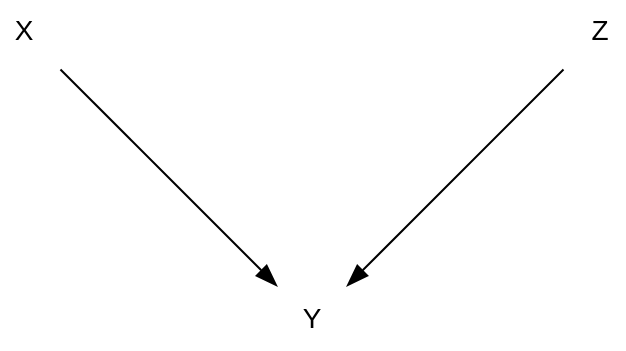
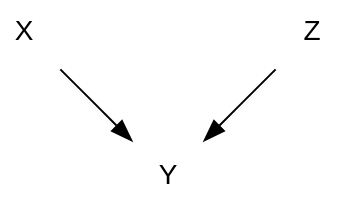
The diagram in CausalDiagrams/dot_files/ZModeratesX.dot (mca91/kausalanalyse_slides), drawn with Graphviz before and after one commit. The commit also changed 32 other files, not shown here.

```diff
--- a/CausalDiagrams/dot_files/ZModeratesX.dot
+++ b/CausalDiagrams/dot_files/ZModeratesX.dot
@@ -1,14 +1,14 @@
 digraph "Causal Diagramm RDD" {
   layout=neato
   fontname="Helvetica,Arial,sans-serif"
    bgcolor=transparent
   imagescale=both
   node [fontname="Helvetica,Arial,sans-serif"]
   edge [fontname="Helvetica,Arial,sans-serif"]
   node [shape=none];
-  "X" [pos="0,2!"]
-  "Y" [pos="2,0!"]
-  "Z" [pos="4,2!"]
+  "X" [pos="0,1!"]
+  "Y" [pos="1,0!"]
+  "Z" [pos="2,1!"]
   "X" -> "Y"
   "Z" -> "Y"
 }
```
